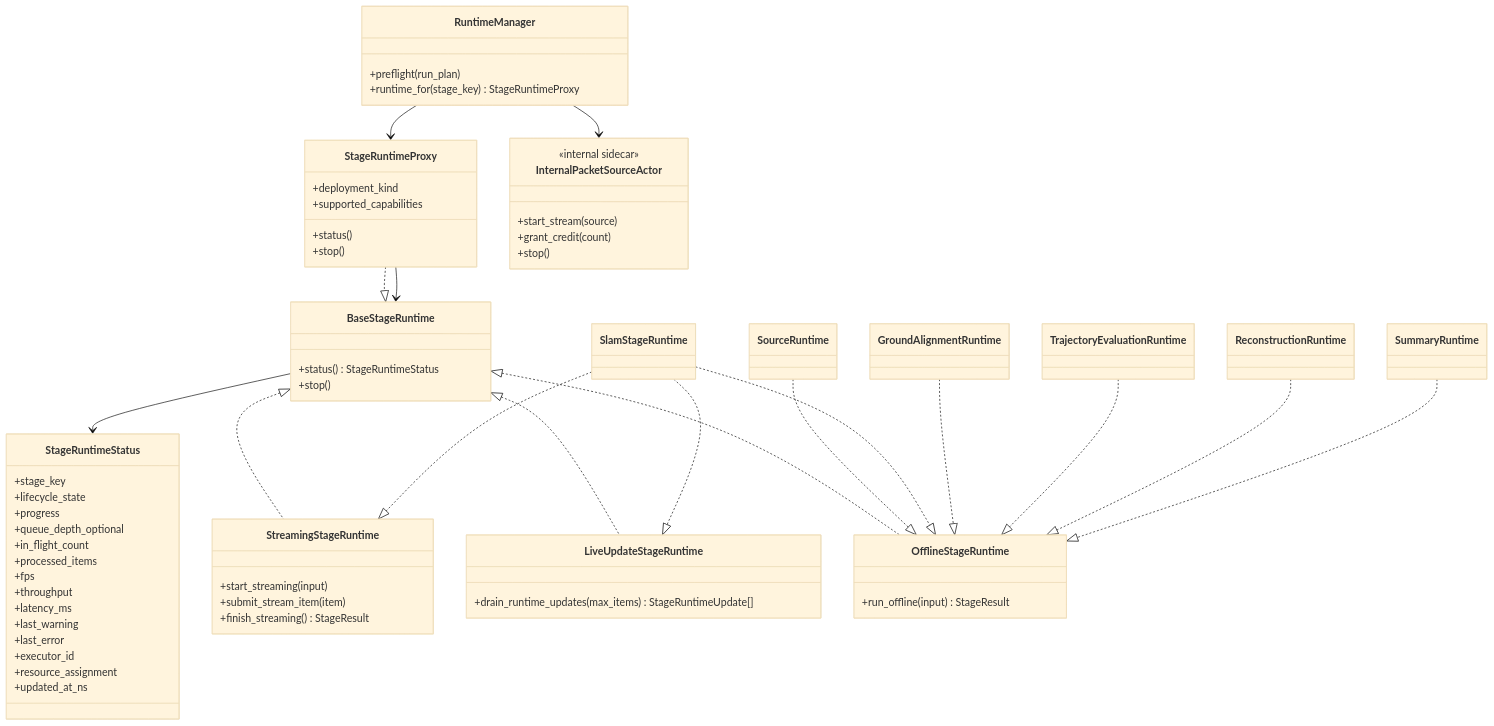
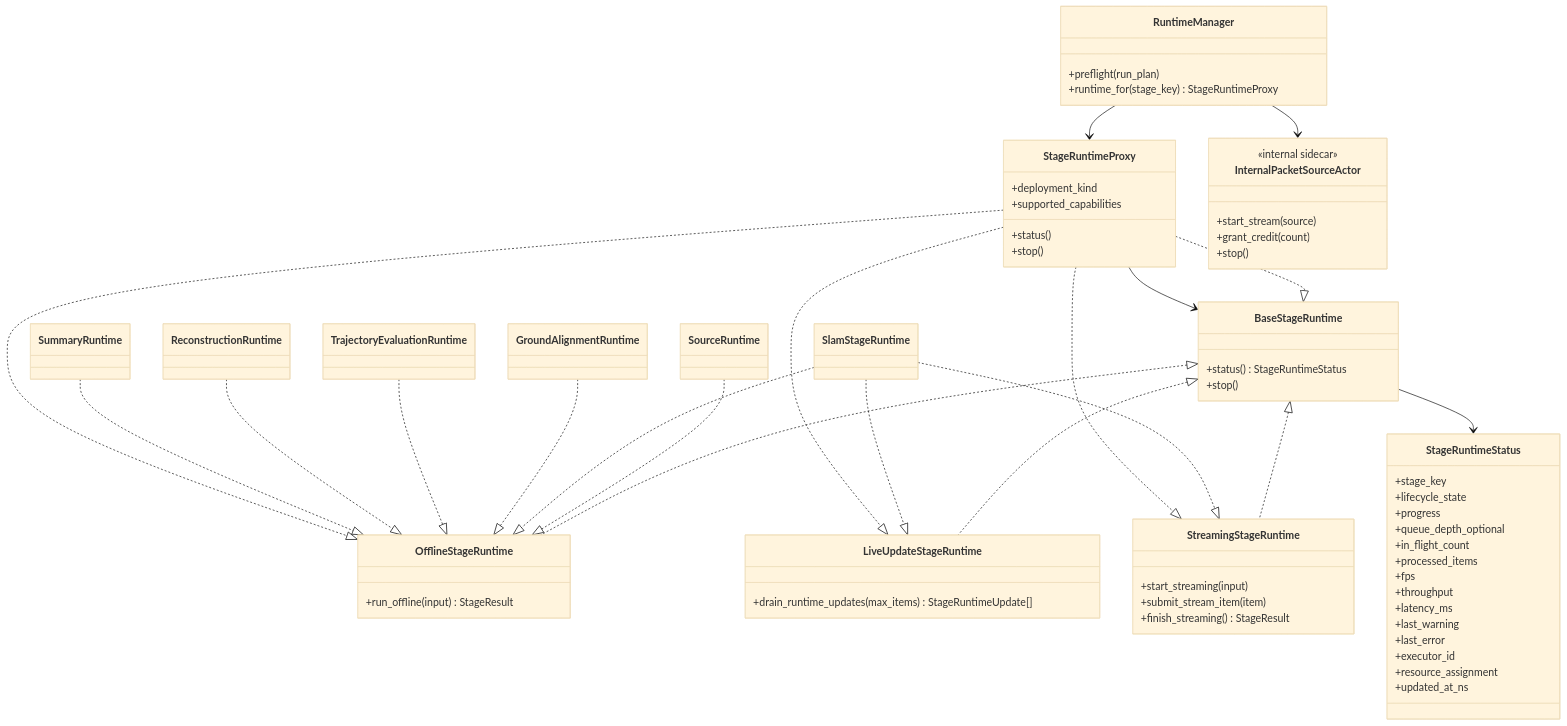
The fifth of 17 diagrams in docs/architecture/pipeline-stage-refactor-target.md (JanDuchscherer104/prml-vslam), drawn with Mermaid (base theme) before and after one commit. The commit also changed other lines of this file and 1 other file, not shown here.

```diff
--- a/docs/architecture/pipeline-stage-refactor-target.md
+++ b/docs/architecture/pipeline-stage-refactor-target.md
@@ -651,6 +651,9 @@
     ReconstructionRuntime ..|> OfflineStageRuntime
     SummaryRuntime ..|> OfflineStageRuntime
     StageRuntimeProxy ..|> BaseStageRuntime
+    StageRuntimeProxy ..|> OfflineStageRuntime
+    StageRuntimeProxy ..|> LiveUpdateStageRuntime
+    StageRuntimeProxy ..|> StreamingStageRuntime
     RuntimeManager --> StageRuntimeProxy
     StageRuntimeProxy --> BaseStageRuntime
     RuntimeManager --> InternalPacketSourceActor
```
